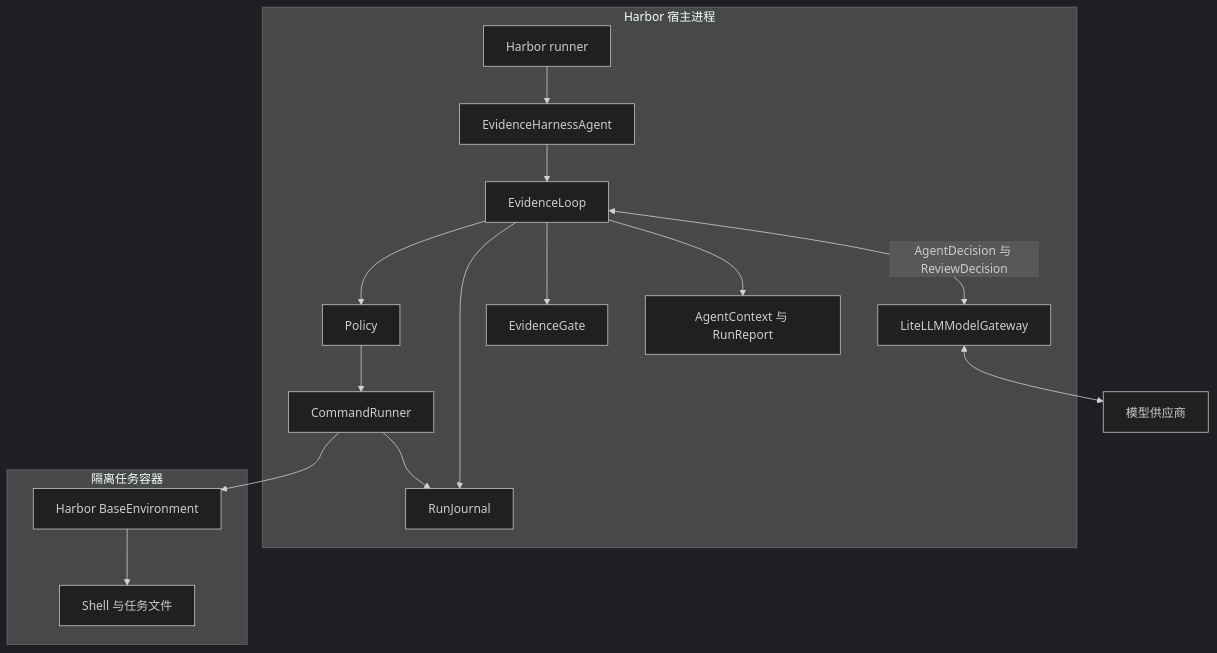
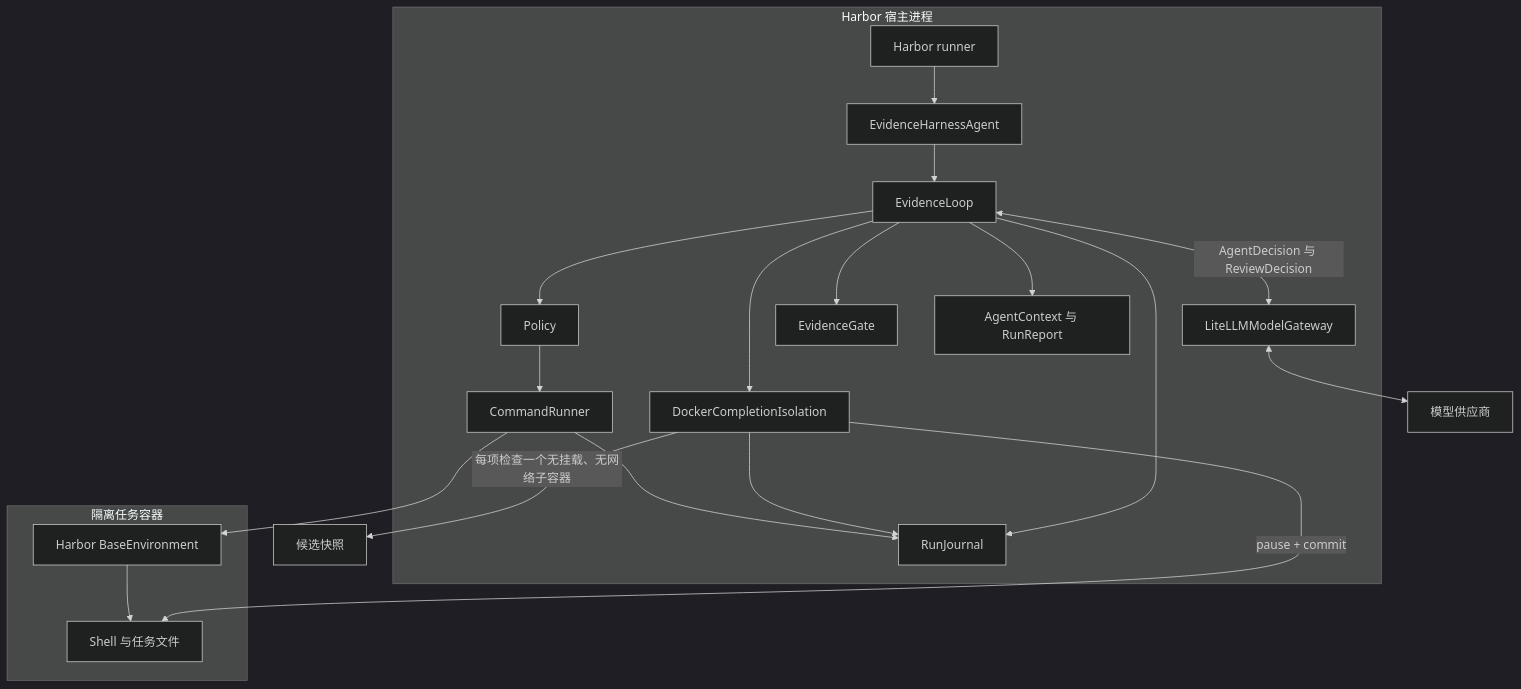
The first of 3 diagrams in docs/architecture-rationale.md (Duang777/Dharness), drawn with Mermaid (dark theme) before and after one commit. The commit also changed other lines of this file and 53 other files, not shown here.

````diff
--- a/docs/architecture-rationale.md
+++ b/docs/architecture-rationale.md
@@ -79,21 +84,26 @@
 ```mermaid
 flowchart TB
     subgraph Host[Harbor 宿主进程]
         H[Harbor runner] --> A[EvidenceHarnessAgent]
         A --> L[EvidenceLoop]
         L <-->|AgentDecision 与 ReviewDecision| G[LiteLLMModelGateway]
         L --> P[Policy]
         P --> C[CommandRunner]
+        L --> I[DockerCompletionIsolation]
         L --> V[EvidenceGate]
         C --> J[RunJournal]
+        I --> J
         L --> J
         L --> X[AgentContext 与 RunReport]
     end
 
     G <--> M[模型供应商]
     C --> E[Harbor BaseEnvironment]
 
     subgraph Task[隔离任务容器]
         E --> S[Shell 与任务文件]
     end
+
+    I -->|pause + commit| S
+    I -->|每项检查一个无挂载、无网络子容器| K[候选快照]
 ```
````
